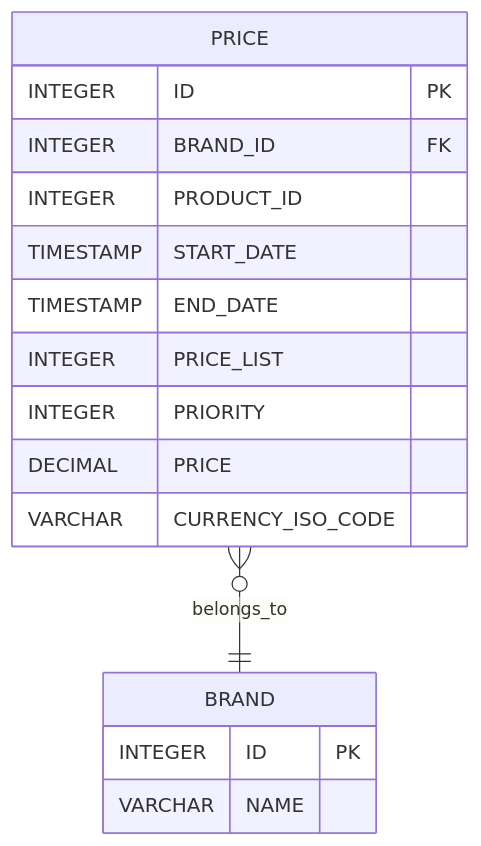
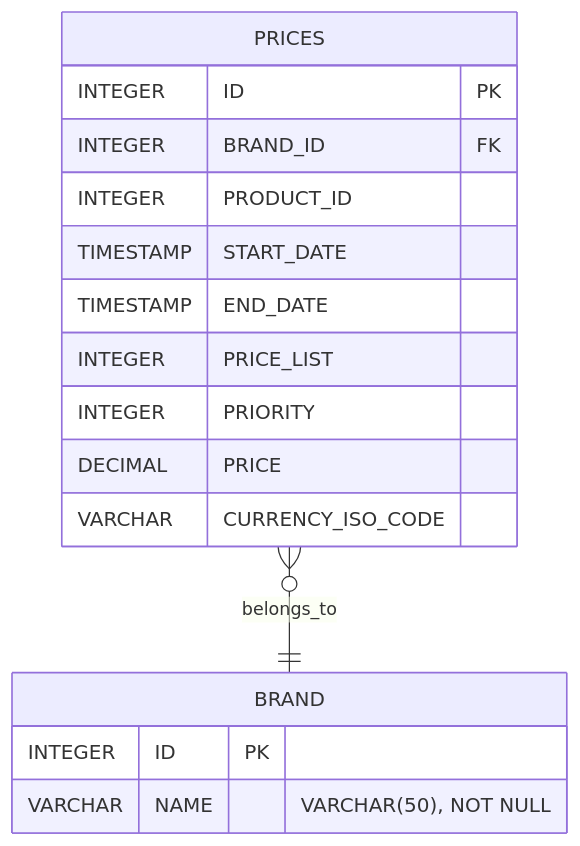
The diagram in README.md (lorenaspwork/pricing-service-test), drawn with Mermaid before and after one commit. The commit also changed other lines of this file, not shown here.

````diff
--- a/README.md
+++ b/README.md
@@ -129,21 +153,21 @@
 ```mermaid
 erDiagram
-    PRICE }o--|| BRAND : "belongs_to"
+    PRICES }o--|| BRAND : "belongs_to"
 
-    PRICE {
+    PRICES {
         INTEGER ID PK
         INTEGER BRAND_ID FK
         INTEGER PRODUCT_ID
         TIMESTAMP START_DATE
         TIMESTAMP END_DATE
         INTEGER PRICE_LIST
         INTEGER PRIORITY
         DECIMAL PRICE
         VARCHAR CURRENCY_ISO_CODE
     }
 
     BRAND {
         INTEGER ID PK
-        VARCHAR NAME
+        VARCHAR NAME "VARCHAR(50), NOT NULL"
     }
 ```
````
